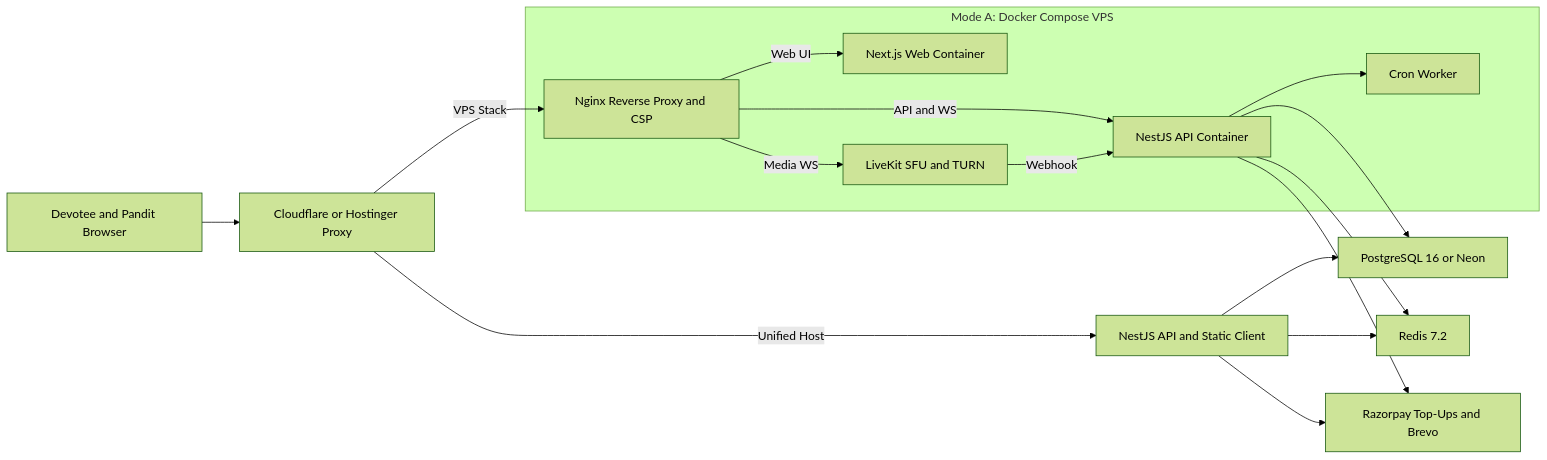
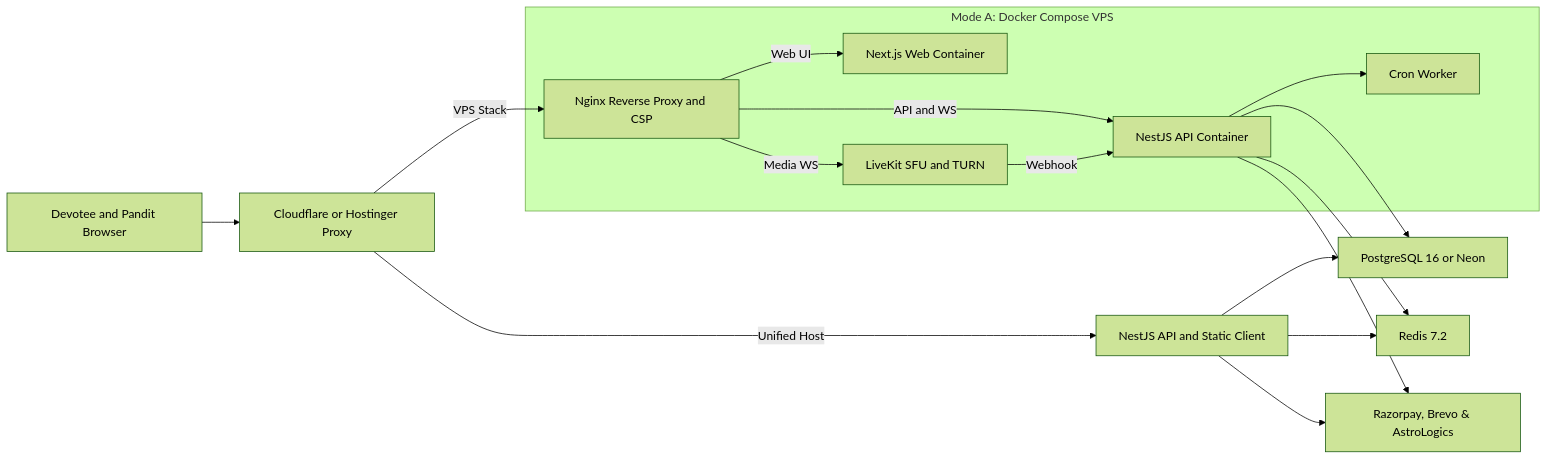
Before and after one commit to AnkitTiwari2005/LIVE-STREAM: the first of 4 diagrams in README.md, drawn with Mermaid (forest theme). The commit also changed other lines of this file, not shown here.

Commit message:
docs: update README with AstroLogics Vedic Kundli engine, main25 hardening, and test suites

````diff
--- a/README.md
+++ b/README.md
@@ -74,21 +91,21 @@
 ```mermaid
 flowchart LR
     user["Devotee and Pandit Browser"] --> proxy["Cloudflare or Hostinger Proxy"]
     proxy -->|"Unified Host"| unified["NestJS API and Static Client"]
 
     subgraph vps ["Mode A: Docker Compose VPS"]
         nginx["Nginx Reverse Proxy and CSP"] -->|"Web UI"| web["Next.js Web Container"]
         nginx -->|"API and WS"| api["NestJS API Container"]
         nginx -->|"Media WS"| lk["LiveKit SFU and TURN"]
         api --> worker["Cron Worker"]
         lk -->|"Webhook"| api
     end
 
     proxy -->|"VPS Stack"| nginx
     api --> pg["PostgreSQL 16 or Neon"]
     unified --> pg
     api --> redis["Redis 7.2"]
     unified --> redis
-    api --> pay["Razorpay Top-Ups and Brevo"]
+    api --> pay["Razorpay, Brevo & AstroLogics"]
     unified --> pay
 ```
````
